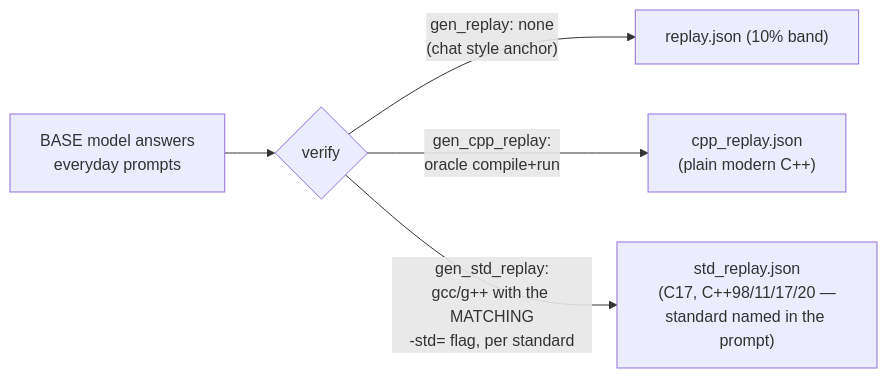
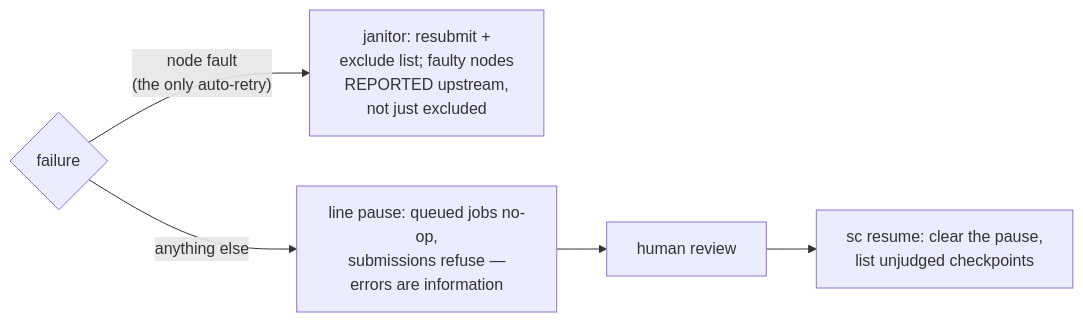
One commit to storax-io/storax-ai-train-rocm changed the fifth of 5 diagrams in docs/cli.md. Above: the diagram before and after it, drawn with Mermaid. The commit also changed other lines of this file and 3 other files, not shown here.

````diff
--- a/docs/cli.md
+++ b/docs/cli.md
@@ -57,7 +126,6 @@
 ```mermaid
 flowchart LR
-    B["BASE model answers<br/>everyday prompts"] --> V{verify}
-    V -- "gen_replay: none<br/>(chat style anchor)" --> R1["replay.json (10% band)"]
-    V -- "gen_cpp_replay:<br/>oracle compile+run" --> R2["cpp_replay.json<br/>(plain modern C++)"]
-    V -- "gen_std_replay:<br/>gcc/g++ with the MATCHING<br/>-std= flag, per standard" --> R3["std_replay.json<br/>(C17, C++98/11/17/20 —<br/>standard named in the prompt)"]
+    F{failure} -- "node fault<br/>(the only auto-retry)" --> J["janitor: resubmit +<br/>exclude list; faulty nodes<br/>REPORTED upstream,<br/>not just excluded"]
+    F -- "anything else" --> P["line pause: queued jobs no-op,<br/>submissions refuse —<br/>errors are information"]
+    P --> HR["human review"] --> RS["sc resume: clear the pause,<br/>list unjudged checkpoints"]
 ```
````
